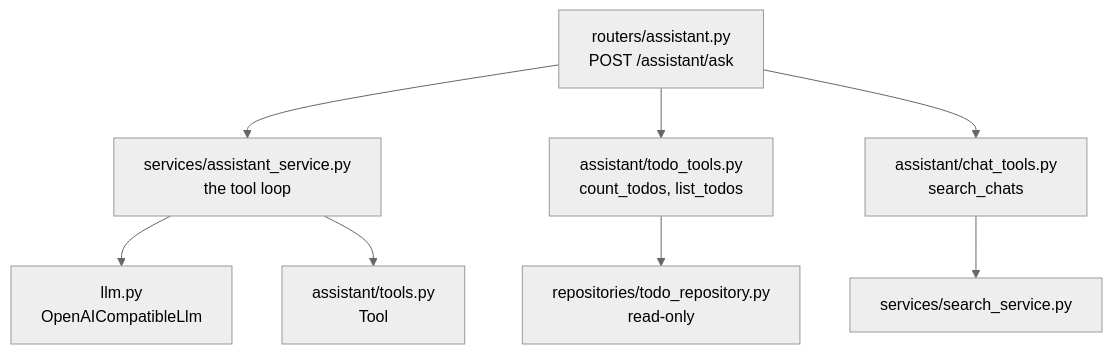
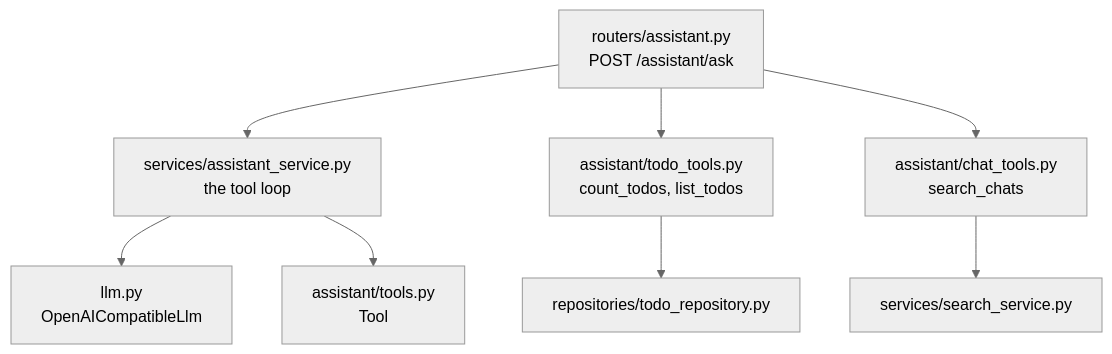
The fourth of 4 diagrams in Tutorials/fastapi-ai/docs/ask-your-data.md (wilferraciolli/PythonTutorials), drawn with Mermaid (neutral theme) before and after one commit. The commit also changed other lines of this file, not shown here.

````diff
--- a/Tutorials/fastapi-ai/docs/ask-your-data.md
+++ b/Tutorials/fastapi-ai/docs/ask-your-data.md
@@ -160,10 +160,10 @@
 ```mermaid
 flowchart TD
     R[routers/assistant.py<br/>POST /assistant/ask] --> S[services/assistant_service.py<br/>the tool loop]
     S --> LLM[llm.py<br/>OpenAICompatibleLlm]
     S --> Tools[assistant/tools.py<br/>Tool]
     R --> TT[assistant/todo_tools.py<br/>count_todos, list_todos]
     R --> CT[assistant/chat_tools.py<br/>search_chats]
-    TT --> TR[repositories/todo_repository.py<br/>read-only]
+    TT --> TR[repositories/todo_repository.py]
     CT --> SS[services/search_service.py]
 ```
````
